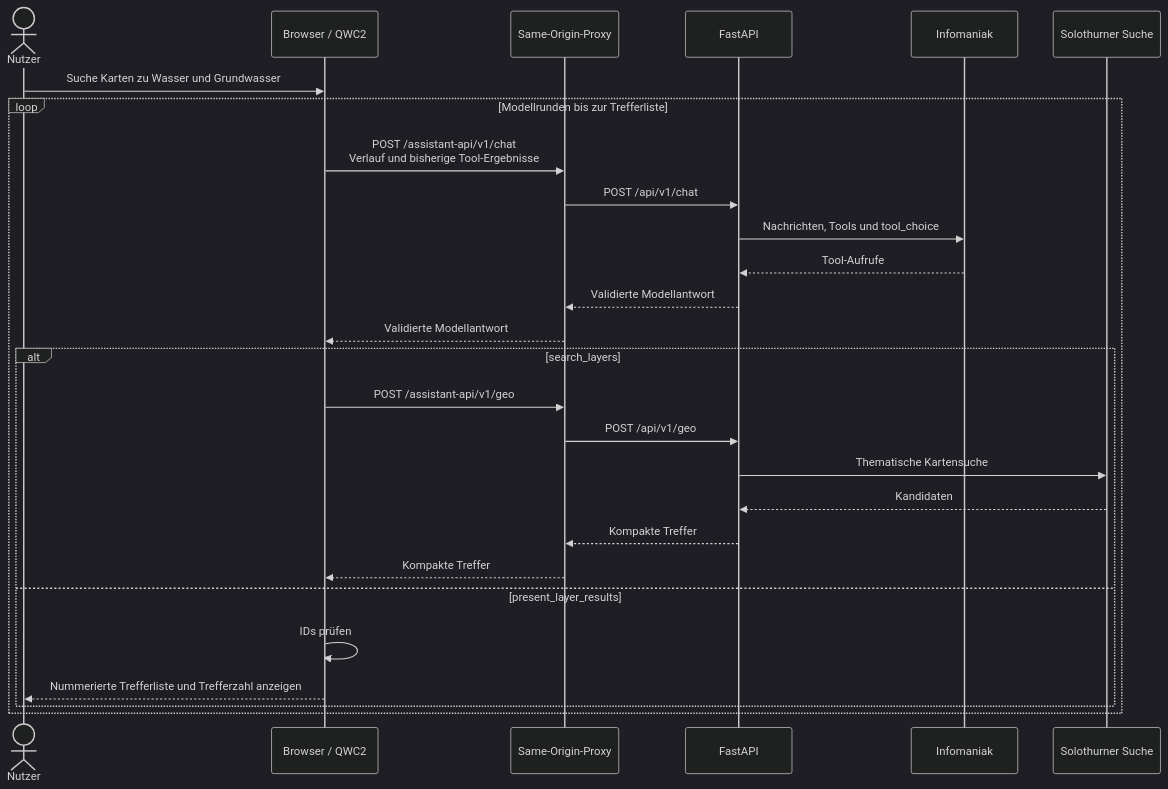
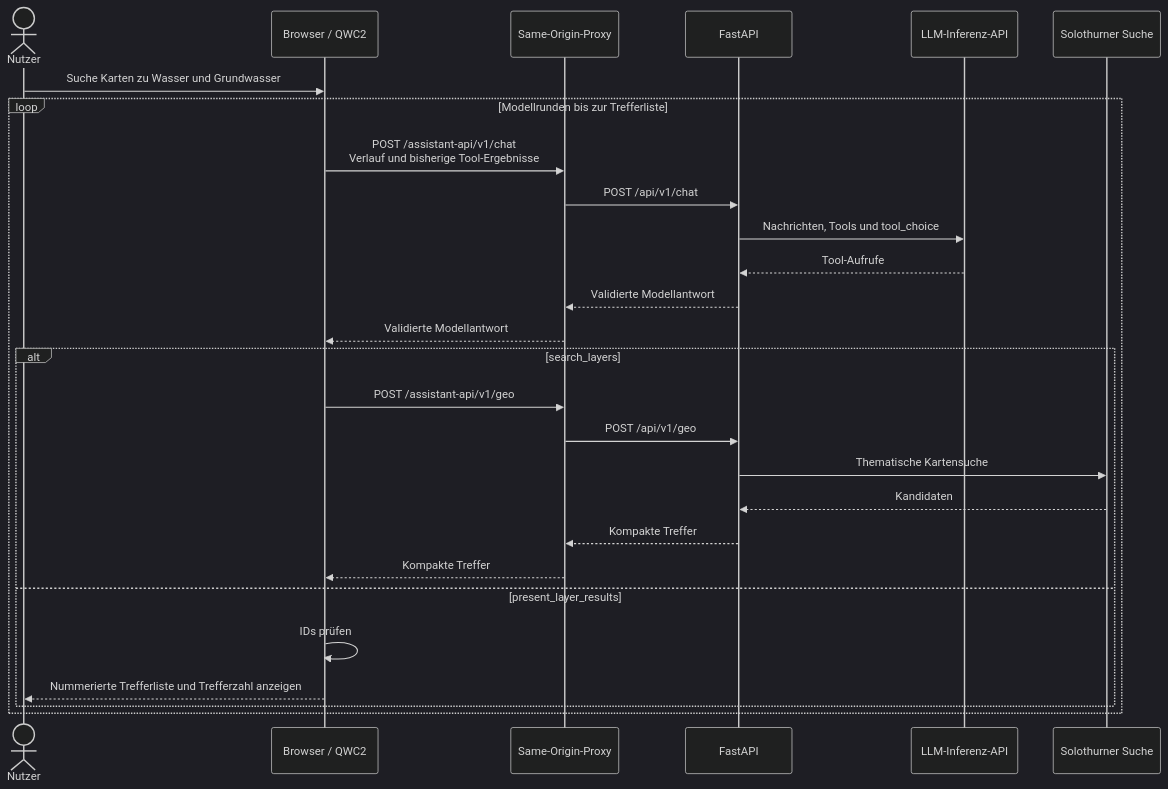
Before and after one commit to edigonzales/qwc2-ai-assistant: the second of 2 diagrams in README.md, drawn with Mermaid (dark theme). The commit also changed other lines of this file and 8 other files, not shown here.

````diff
--- a/README.md
+++ b/README.md
@@ -36,30 +36,30 @@
 ```mermaid
 sequenceDiagram
     actor Nutzer
     participant Browser as Browser / QWC2
     participant Proxy as Same-Origin-Proxy
     participant API as FastAPI
-    participant LLM as Infomaniak
+    participant LLM as LLM-Inferenz-API
     participant Geo as Solothurner Suche
 
     Nutzer->>Browser: Suche Karten zu Wasser und Grundwasser
     loop Modellrunden bis zur Trefferliste
         Browser->>Proxy: POST /assistant-api/v1/chat<br/>Verlauf und bisherige Tool-Ergebnisse
         Proxy->>API: POST /api/v1/chat
         API->>LLM: Nachrichten, Tools und tool_choice
         LLM-->>API: Tool-Aufrufe
         API-->>Proxy: Validierte Modellantwort
         Proxy-->>Browser: Validierte Modellantwort
         alt search_layers
             Browser->>Proxy: POST /assistant-api/v1/geo
             Proxy->>API: POST /api/v1/geo
             API->>Geo: Thematische Kartensuche
             Geo-->>API: Kandidaten
             API-->>Proxy: Kompakte Treffer
             Proxy-->>Browser: Kompakte Treffer
         else present_layer_results
             Browser->>Browser: IDs prüfen
             Browser-->>Nutzer: Nummerierte Trefferliste und Trefferzahl anzeigen
         end
     end
 ```
````
